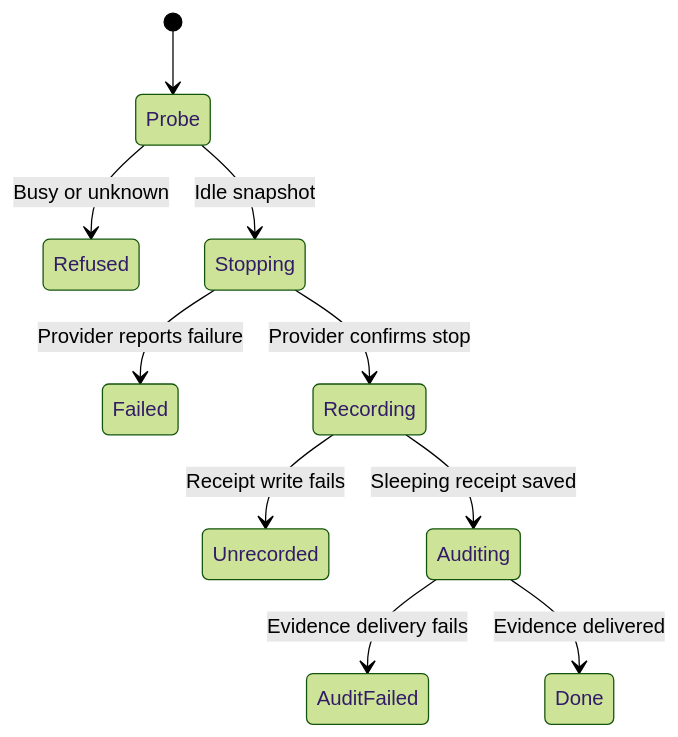
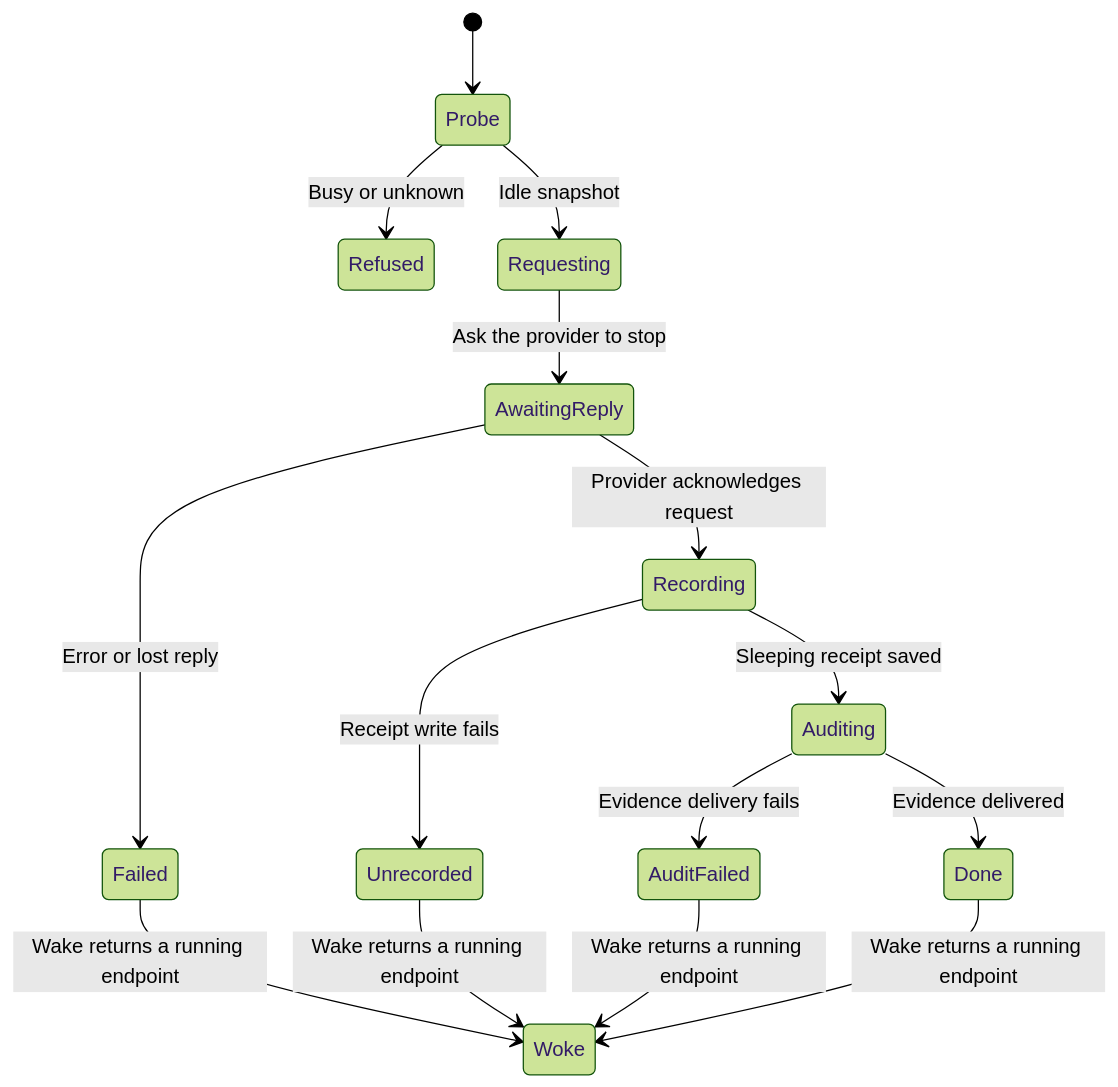
Before and after one commit to nessalabs/nessa-agent: the diagram in docs/state/services/gateway/cloud-box-sleep.md, drawn with Mermaid (forest theme). The commit also changed other lines of this file and 11 other files, not shown here.

```diff
--- a/docs/state/services/gateway/cloud-box-sleep.md
+++ b/docs/state/services/gateway/cloud-box-sleep.md
@@ -43,12 +52,17 @@
 ~~~mermaid card=lifecycle
 stateDiagram-v2
     [*] --> Probe
     Probe --> Refused: Busy or unknown
-    Probe --> Stopping: Idle snapshot
-    Stopping --> Failed: Provider reports failure
-    Stopping --> Recording: Provider confirms stop
+    Probe --> Requesting: Idle snapshot
+    Requesting --> AwaitingReply: Ask the provider to stop
+    AwaitingReply --> Failed: Error or lost reply
+    AwaitingReply --> Recording: Provider acknowledges request
     Recording --> Unrecorded: Receipt write fails
     Recording --> Auditing: Sleeping receipt saved
     Auditing --> AuditFailed: Evidence delivery fails
     Auditing --> Done: Evidence delivered
+    Failed --> Woke: Wake returns a running endpoint
+    Unrecorded --> Woke: Wake returns a running endpoint
+    AuditFailed --> Woke: Wake returns a running endpoint
+    Done --> Woke: Wake returns a running endpoint
 ~~~
```
